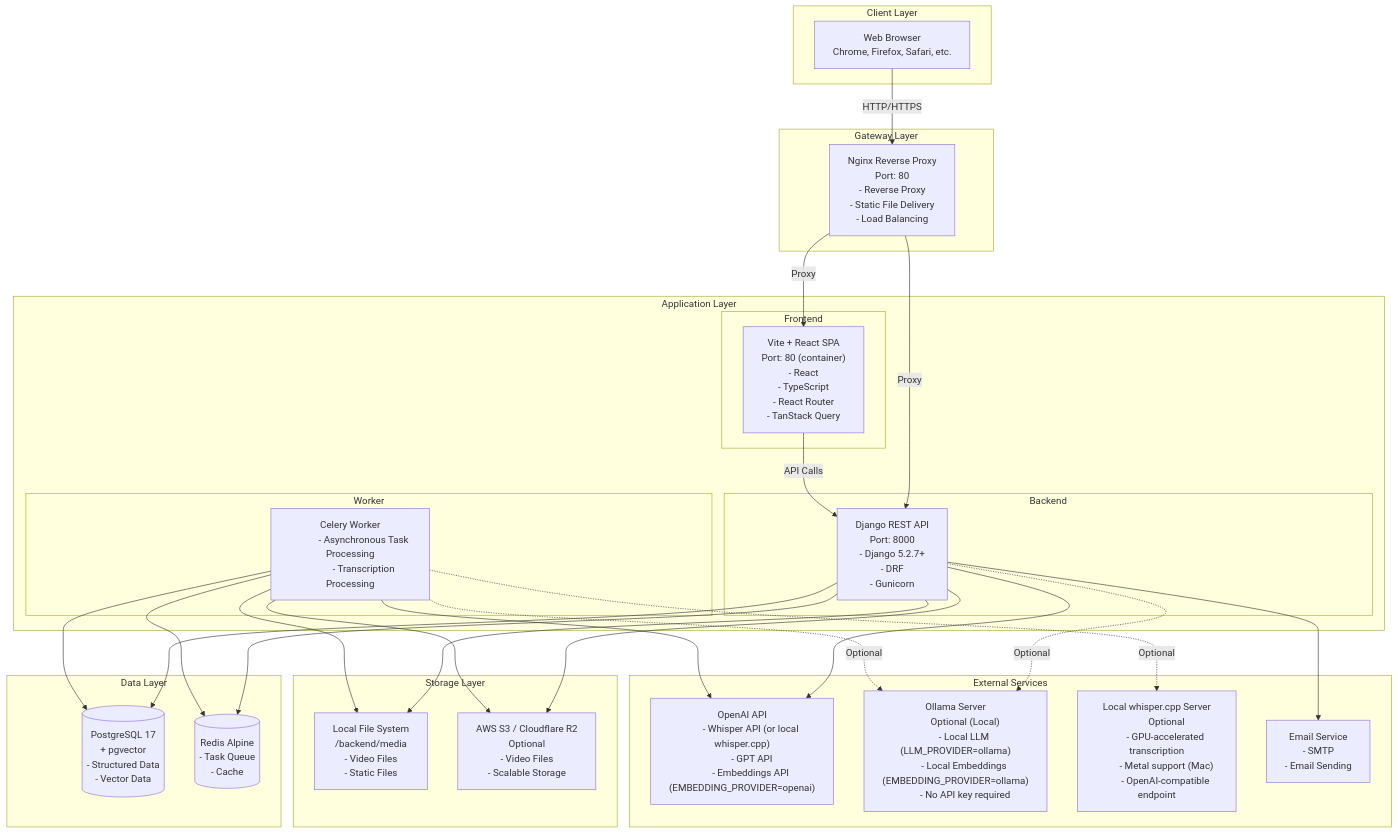
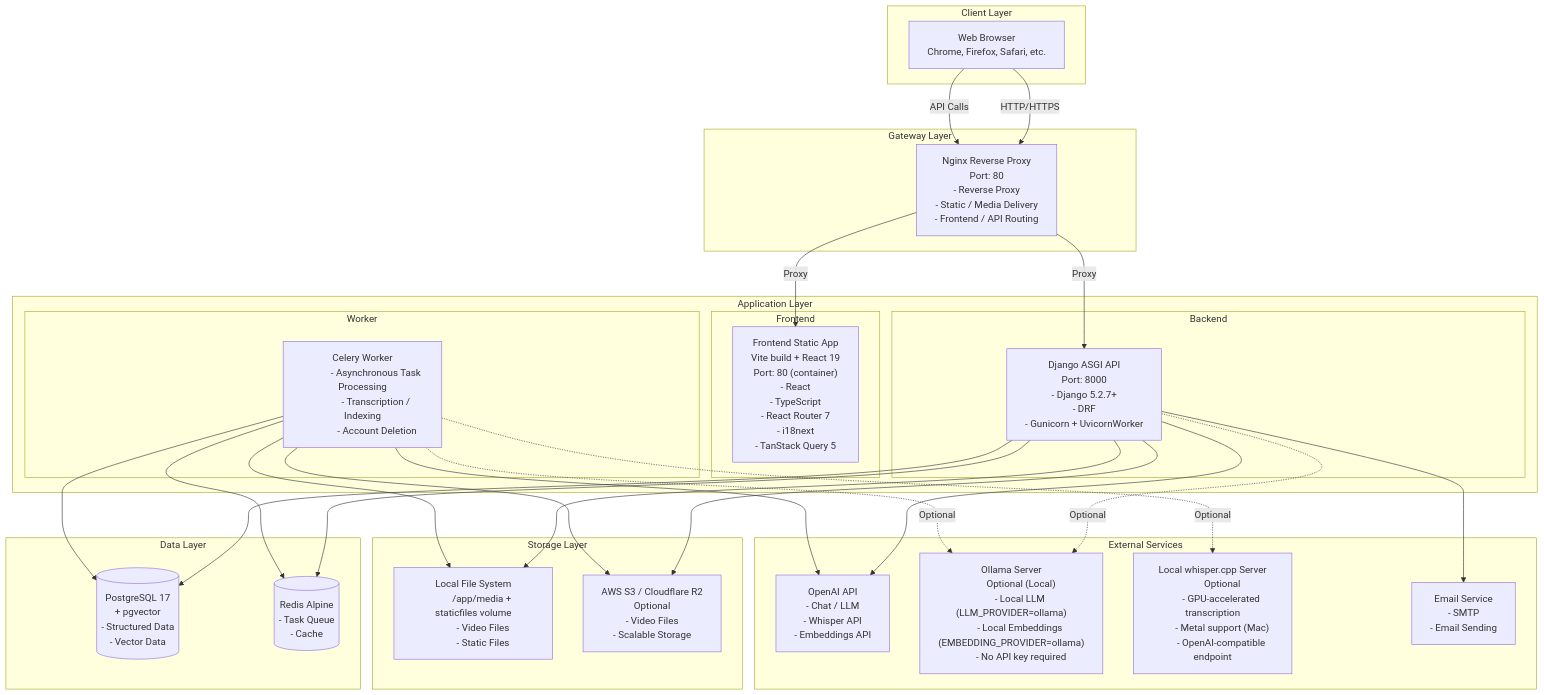
One commit to yukiharada1228/videoq changed the first of 8 diagrams in docs/architecture/system-configuration-diagram.md. Above: the diagram before and after it, drawn with Mermaid. The commit also changed other lines of this file and 7 other files, not shown here.

```diff
--- a/docs/architecture/system-configuration-diagram.md
+++ b/docs/architecture/system-configuration-diagram.md
@@ -17,32 +17,35 @@
         Nginx["Nginx Reverse Proxy
         Port: 80
         - Reverse Proxy
-        - Static File Delivery
-        - Load Balancing"]
+        - Static / Media Delivery
+        - Frontend / API Routing"]
     end
 
     subgraph Application["Application Layer"]
         subgraph Frontend["Frontend"]
-            FrontendSPA["Vite + React SPA
+            FrontendSPA["Frontend Static App
+            Vite build + React 19
             Port: 80 (container)
             - React
             - TypeScript
-            - React Router
-            - TanStack Query"]
+            - React Router 7
+            - i18next
+            - TanStack Query 5"]
         end
 
         subgraph Backend["Backend"]
-            Django["Django REST API
+            Django["Django ASGI API
             Port: 8000
             - Django 5.2.7+
             - DRF
-            - Gunicorn"]
+            - Gunicorn + UvicornWorker"]
         end
 
         subgraph Worker["Worker"]
             Celery["Celery Worker
             - Asynchronous Task Processing
-            - Transcription Processing"]
+            - Transcription / Indexing
+            - Account Deletion"]
         end
     end
 
@@ -58,7 +61,7 @@
 
     subgraph Storage["Storage Layer"]
         LocalFS["Local File System
-        /backend/media
+        /app/media + staticfiles volume
         - Video Files
         - Static Files"]
         S3["AWS S3 / Cloudflare R2
@@ -69,9 +72,9 @@
 
     subgraph External["External Services"]
         OpenAI["OpenAI API
-        - Whisper API (or local whisper.cpp)
-        - GPT API
-        - Embeddings API (EMBEDDING_PROVIDER=openai)"]
+        - Chat / LLM
+        - Whisper API
+        - Embeddings API"]
         Ollama["Ollama Server
         Optional (Local)
         - Local LLM (LLM_PROVIDER=ollama)
@@ -90,7 +93,7 @@
     Browser -->|HTTP/HTTPS| Nginx
     Nginx -->|Proxy| FrontendSPA
     Nginx -->|Proxy| Django
-    FrontendSPA -->|API Calls| Django
+    Browser -->|API Calls| Nginx
     Django --> PostgreSQL
     Django --> Redis
     Django --> LocalFS
```
